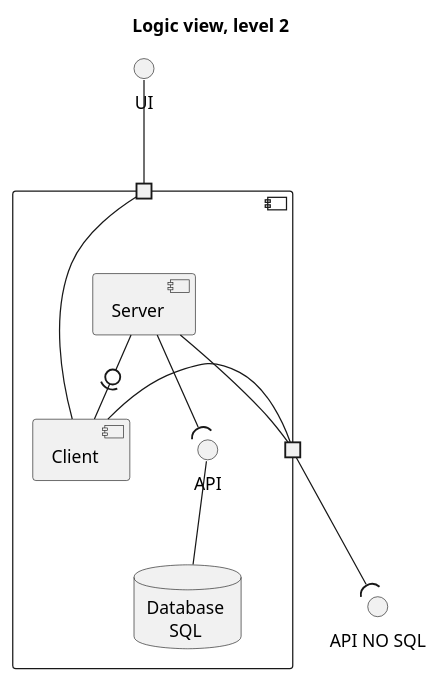
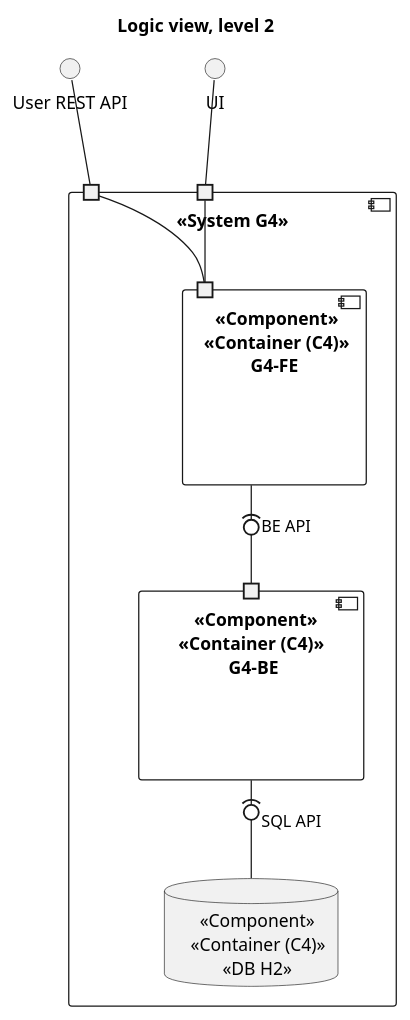
One commit to Loracline/project_switch_22-23 changed the second of 3 diagrams in docs/architectural_design_model/logic_view.puml. Above: the diagram before and after it, drawn with PlantUML. The commit also changed other lines of this file and 1 other file, not shown here.

Commit message:
NO US : Analysis and design : Update of architectural design model references #675

```diff
--- a/docs/architectural_design_model/logic_view.puml
+++ b/docs/architectural_design_model/logic_view.puml
@@ -12,20 +13,22 @@
 @startuml
 title Logic view, level 2
-component {
-  portin " " as pIn
-  portout " " as pOut
-  component Client
-  component Server
-  interface "API" as api
-  database "Database \n     SQL" as db
+() "User REST API" as API
+() "UI" as UI
+component "<<System G4>>" as G4 {
+portin " "
+port "   "
+component " <<Component>>\n <<Container (C4)>>\nG4-FE" as fe {
+    port " " as frontEndPort
 }
-
-UI -- pIn
-Server -- pOut
-Client -- pOut
-pOut --( "API NO SQL"
-pIn -- Client
-Server -0)- Client
-Server --( api
-api -- db
+component "  <<Component>>\n<<Container (C4)>>\n G4-BE" as be {
+    port " " as backEndPort
+}
+database "     <<Component>>\n   <<Container (C4)>>\n          <<DB H2>>" as h2 {
+}
+UI -- " "
+API -- "   "
+" " -- frontEndPort
+"   " -- frontEndPort
+fe -(0- backEndPort: BE API
+be -(0- h2: SQL API
 @enduml
```
